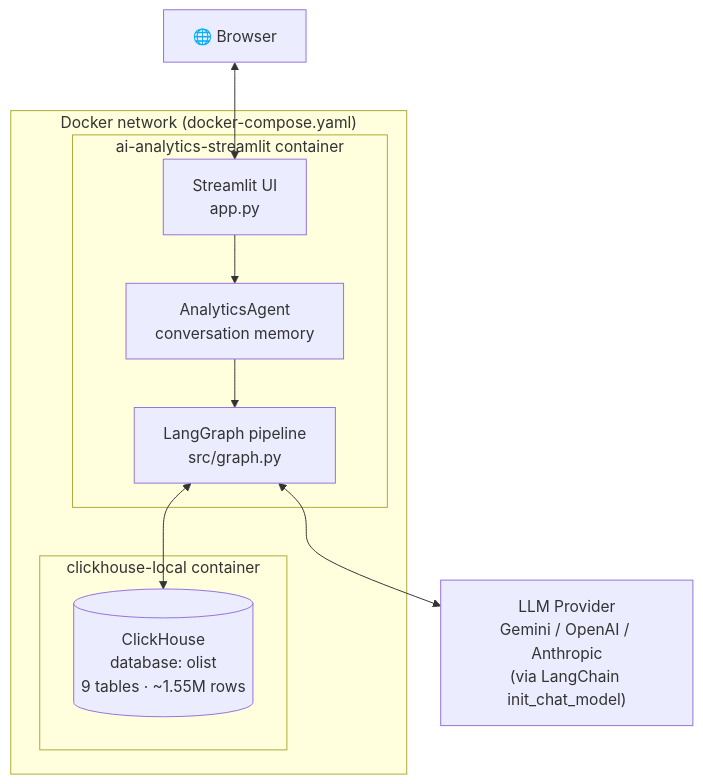
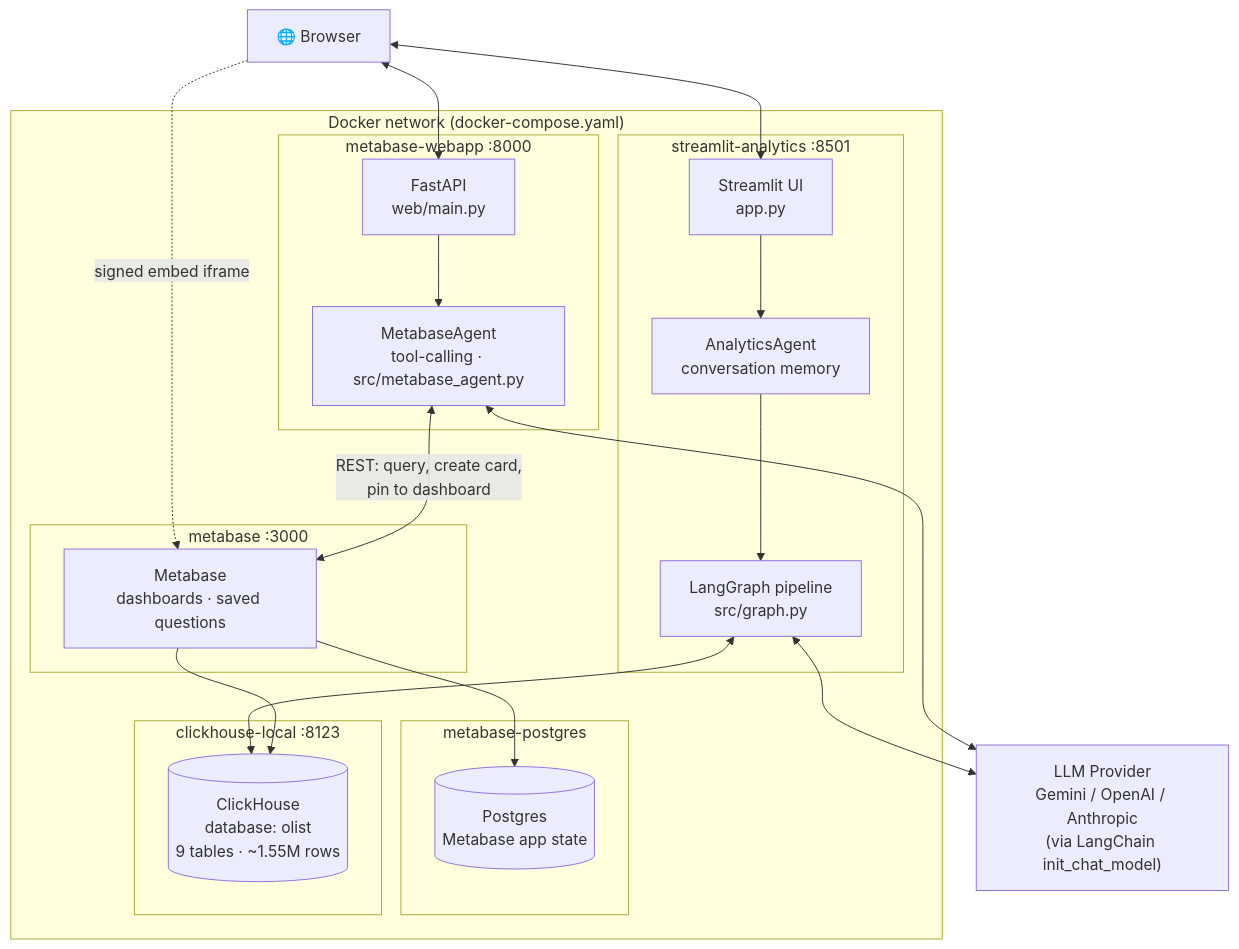
The first of 5 diagrams in README.md (giovanniabel/bi-conversational-analytics-ecommerce), drawn with Mermaid before and after one commit. The commit also changed other lines of this file and 19 other files, not shown here.

````diff
--- a/README.md
+++ b/README.md
@@ -91,22 +122,43 @@
 ```mermaid
 flowchart TB
     Browser["🌐 Browser"]
 
     subgraph docker["Docker network (docker-compose.yaml)"]
-        subgraph app["ai-analytics-streamlit container"]
+        subgraph app["streamlit-analytics :8501"]
             UI["Streamlit UI<br/>app.py"]
             Agent["AnalyticsAgent<br/>conversation memory"]
             Graph["LangGraph pipeline<br/>src/graph.py"]
             UI --> Agent --> Graph
         end
-        subgraph db["clickhouse-local container"]
+
+        subgraph web["metabase-webapp :8000"]
+            API["FastAPI<br/>web/main.py"]
+            MBAgent["MetabaseAgent<br/>tool-calling · src/metabase_agent.py"]
+            API --> MBAgent
+        end
+
+        subgraph mb["metabase :3000"]
+            MB["Metabase<br/>dashboards · saved questions"]
+        end
+
+        subgraph mbdb["metabase-postgres"]
+            PG[("Postgres<br/>Metabase app state")]
+        end
+
+        subgraph db["clickhouse-local :8123"]
             CH[("ClickHouse<br/>database: olist<br/>9 tables · ~1.55M rows")]
         end
     end
 
     LLM["LLM Provider<br/>Gemini / OpenAI / Anthropic<br/>(via LangChain init_chat_model)"]
 
     Browser <--> UI
+    Browser <--> API
+    Browser -.->|"signed embed iframe"| MB
     Graph <--> CH
     Graph <--> LLM
+    MBAgent <--> LLM
+    MBAgent <-->|"REST: query, create card,<br/>pin to dashboard"| MB
+    MB --> PG
+    MB --> CH
 ```
````
